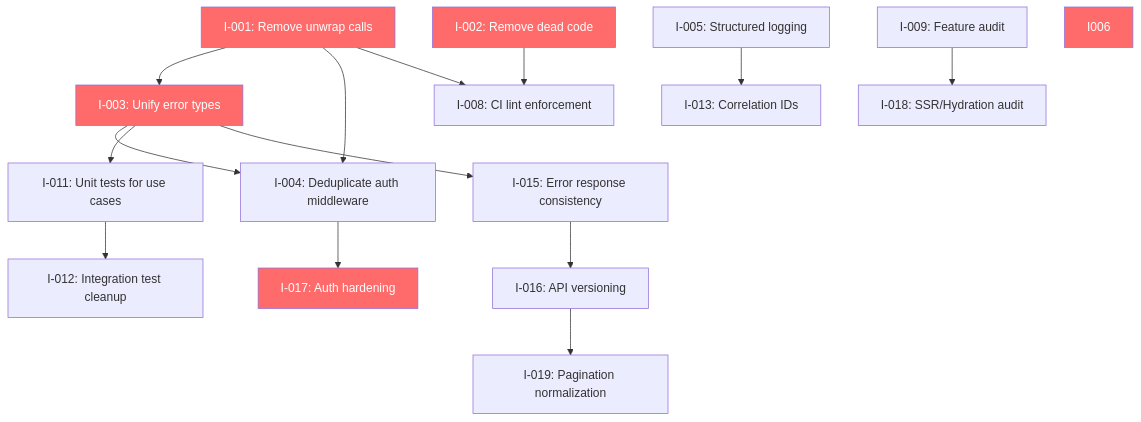
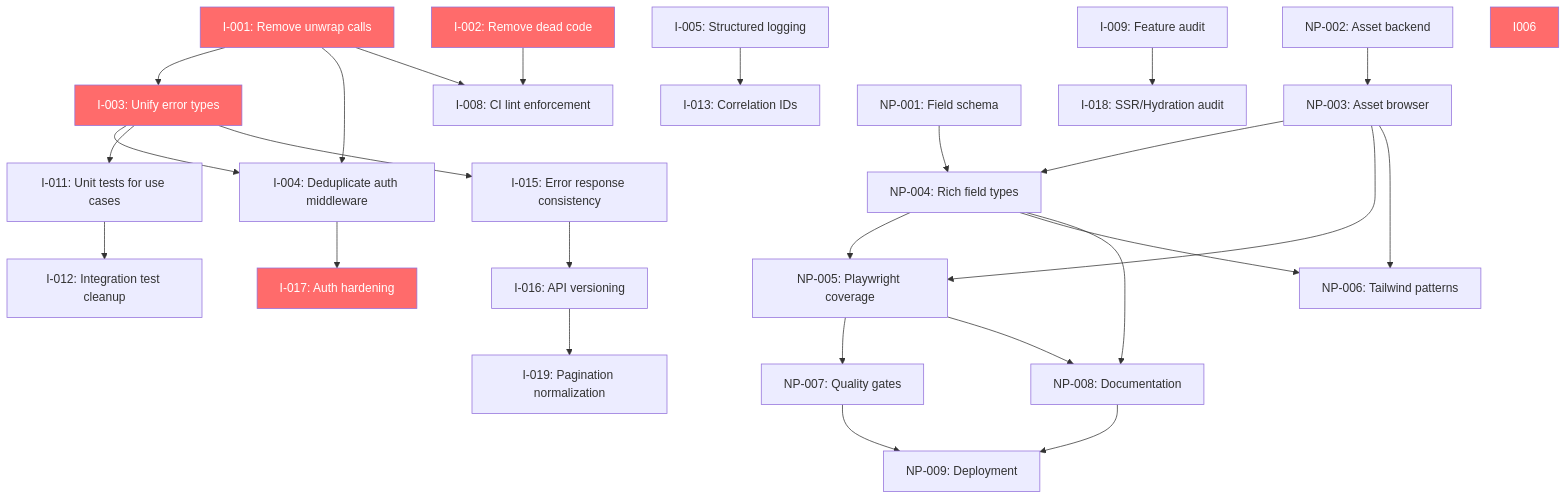
One commit to avored/avored-rust-cms changed the second of 2 diagrams in document/improvement-and-tech-debt-roadmap.md. Above: the diagram before and after it, drawn with Mermaid. The commit also changed other lines of this file and 1 other file, not shown here.

````diff
--- a/document/improvement-and-tech-debt-roadmap.md
+++ b/document/improvement-and-tech-debt-roadmap.md
@@ -947,22 +1334,33 @@
 ```mermaid
 graph TD
     I001["I-001: Remove unwrap calls"] --> I003["I-003: Unify error types"]
     I003 --> I004["I-004: Deduplicate auth middleware"]
     I001 --> I004
     I001 --> I008["I-008: CI lint enforcement"]
     I002["I-002: Remove dead code"] --> I008
     I005["I-005: Structured logging"] --> I013["I-013: Correlation IDs"]
     I003 --> I011["I-011: Unit tests for use cases"]
     I011 --> I012["I-012: Integration test cleanup"]
     I003 --> I015["I-015: Error response consistency"]
     I015 --> I016["I-016: API versioning"]
     I004 --> I017["I-017: Auth hardening"]
     I009["I-009: Feature audit"] --> I018["I-018: SSR/Hydration audit"]
     I016 --> I019["I-019: Pagination normalization"]
+    NP001["NP-001: Field schema"] --> NP004["NP-004: Rich field types"]
+    NP002["NP-002: Asset backend"] --> NP003["NP-003: Asset browser"] --> NP004
+    NP003 --> NP005["NP-005: Playwright coverage"]
+    NP004 --> NP005
+    NP003 --> NP006["NP-006: Tailwind patterns"]
+    NP004 --> NP006
+    NP005 --> NP007["NP-007: Quality gates"]
+    NP004 --> NP008["NP-008: Documentation"]
+    NP005 --> NP008
+    NP007 --> NP009["NP-009: Deployment"]
+    NP008 --> NP009
     
     style I001 fill:#ff6b6b,color:#fff
     style I002 fill:#ff6b6b,color:#fff
     style I003 fill:#ff6b6b,color:#fff
     style I006 fill:#ff6b6b,color:#fff
     style I017 fill:#ff6b6b,color:#fff
 ```
````
